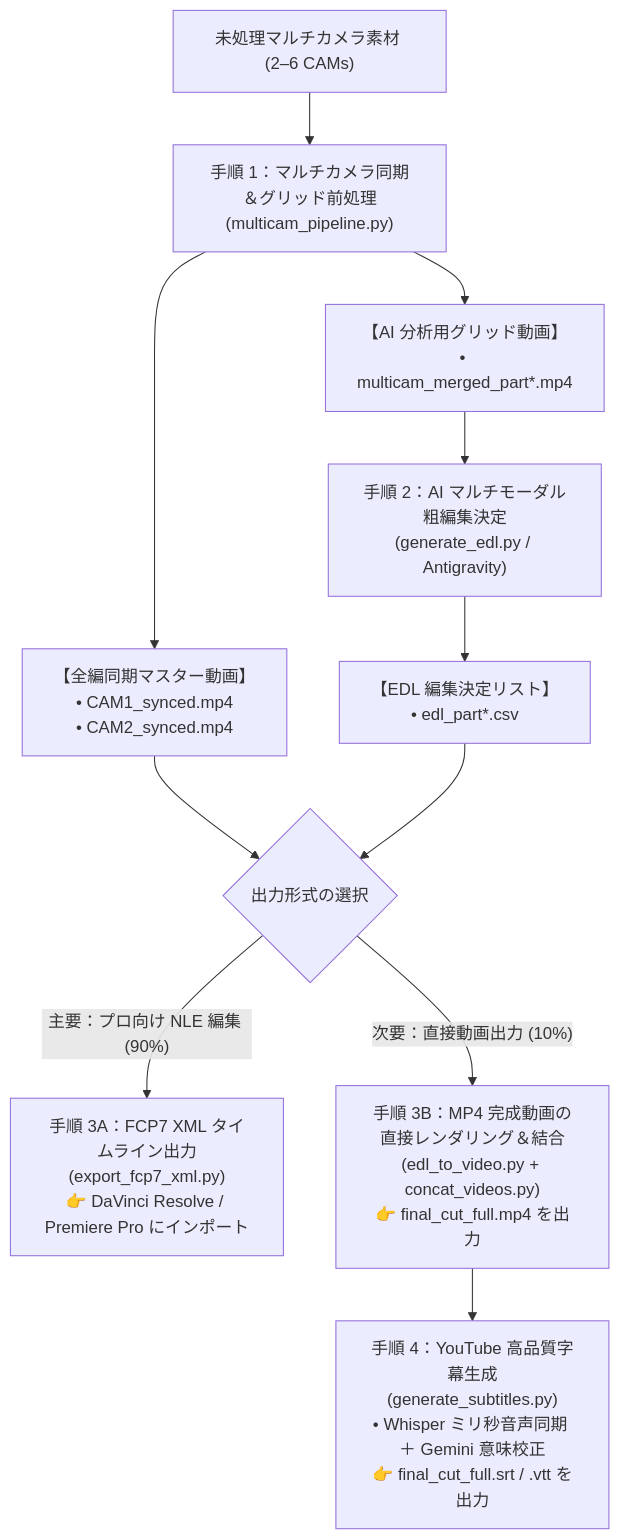
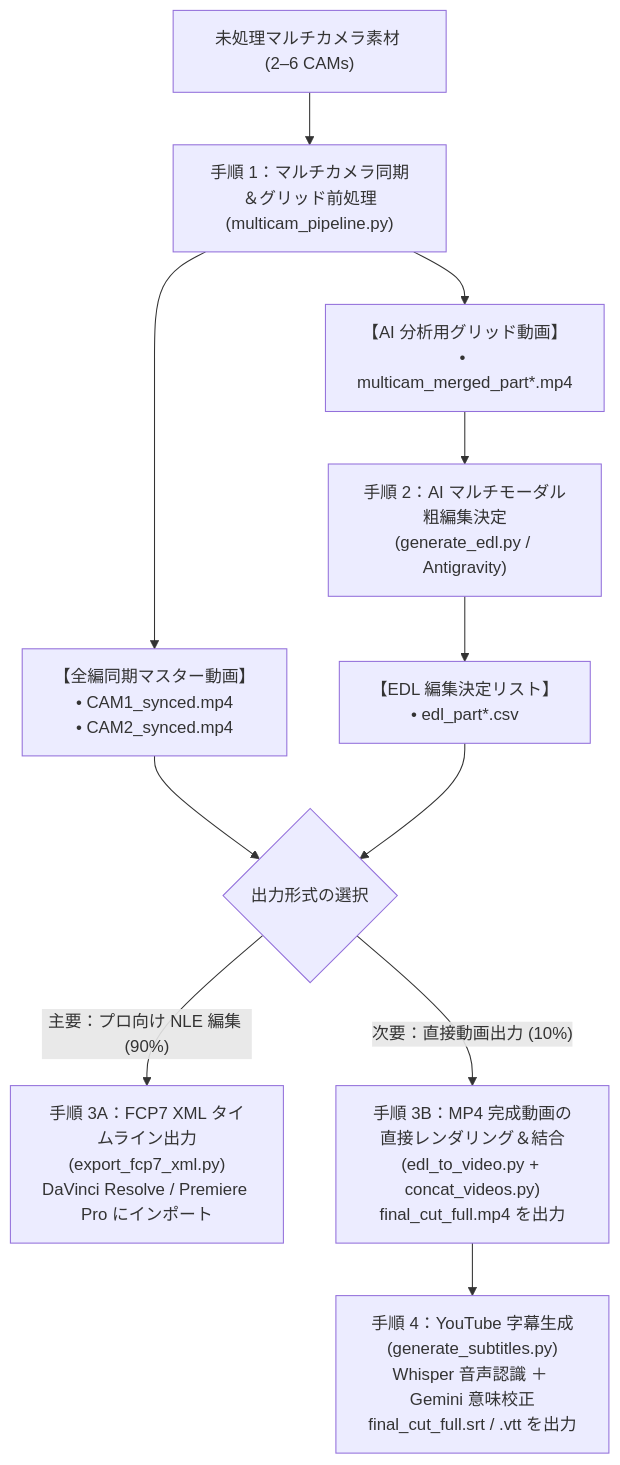
Before and after one commit to sylphlin/multicam-video-preprocessing: the diagram in README.ja.md, drawn with Mermaid. The commit also changed other lines of this file and 4 other files, not shown here.

````diff
--- a/README.ja.md
+++ b/README.ja.md
@@ -47,18 +53,18 @@
 ```mermaid
 flowchart TD
     A["未処理マルチカメラ素材 (2–6 CAMs)"] --> B["手順 1：マルチカメラ同期＆グリッド前処理<br/>(multicam_pipeline.py)"]
     
     B --> C["【全編同期マスター動画】<br/>• CAM1_synced.mp4<br/>• CAM2_synced.mp4"]
     B --> D["【AI 分析用グリッド動画】<br/>• multicam_merged_part*.mp4"]
     
     D --> E["手順 2：AI マルチモーダル粗編集決定<br/>(generate_edl.py / Antigravity)"]
     E --> F["【EDL 編集決定リスト】<br/>• edl_part*.csv"]
     
     C --> G{"出力形式の選択"}
     F --> G
     
-    G -->|"主要：プロ向け NLE 編集 (90%)"| H["手順 3A：FCP7 XML タイムライン出力<br/>(export_fcp7_xml.py)<br/>👉 DaVinci Resolve / Premiere Pro にインポート"]
-    G -->|"次要：直接動画出力 (10%)"| I["手順 3B：MP4 完成動画の直接レンダリング＆結合<br/>(edl_to_video.py + concat_videos.py)<br/>👉 final_cut_full.mp4 を出力"]
+    G -->|"主要：プロ向け NLE 編集 (90%)"| H["手順 3A：FCP7 XML タイムライン出力<br/>(export_fcp7_xml.py)<br/>DaVinci Resolve / Premiere Pro にインポート"]
+    G -->|"次要：直接動画出力 (10%)"| I["手順 3B：MP4 完成動画の直接レンダリング＆結合<br/>(edl_to_video.py + concat_videos.py)<br/>final_cut_full.mp4 を出力"]
     
-    I --> J["手順 4：YouTube 高品質字幕生成<br/>(generate_subtitles.py)<br/>• Whisper ミリ秒音声同期 ＋ Gemini 意味校正<br/>👉 final_cut_full.srt / .vtt を出力"]
+    I --> J["手順 4：YouTube 字幕生成<br/>(generate_subtitles.py)<br/>Whisper 音声認識 ＋ Gemini 意味校正<br/>final_cut_full.srt / .vtt を出力"]
 ```
````
